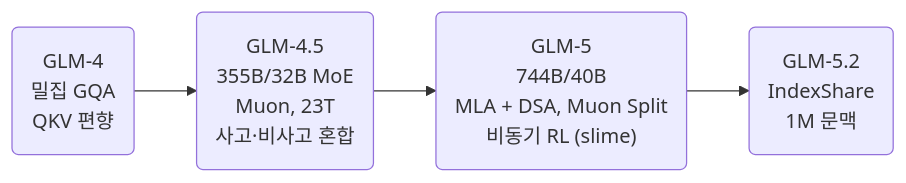
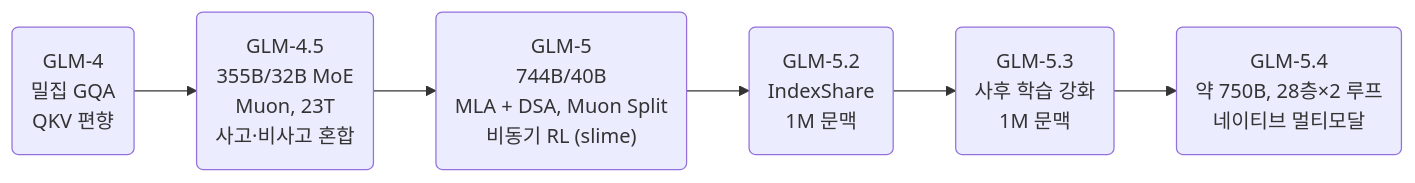
The diagram in docs/trends/posts/2026-10-20-llm-glm.md (seujung/ai-research), drawn with Mermaid before and after one commit. The commit also changed other lines of this file and 10 other files, not shown here.

Commit message:
Add loop architecture chapter and GLM-5.4 review

````diff
--- a/docs/trends/posts/2026-10-20-llm-glm.md
+++ b/docs/trends/posts/2026-10-20-llm-glm.md
@@ -53,6 +56,8 @@
 ```mermaid
 flowchart LR
     G4("GLM-4<br/>밀집 GQA<br/>QKV 편향") --> G45("GLM-4.5<br/>355B/32B MoE<br/>Muon, 23T<br/>사고·비사고 혼합")
     G45 --> G5("GLM-5<br/>744B/40B<br/>MLA + DSA, Muon Split<br/>비동기 RL (slime)")
     G5 --> G52("GLM-5.2<br/>IndexShare<br/>1M 문맥")
+    G52 --> G53("GLM-5.3<br/>사후 학습 강화<br/>1M 문맥")
+    G53 --> G54("GLM-5.4<br/>약 750B, 28층×2 루프<br/>네이티브 멀티모달")
 ```
````
